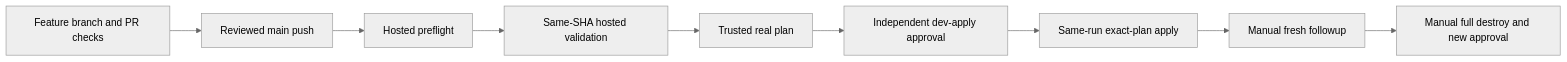
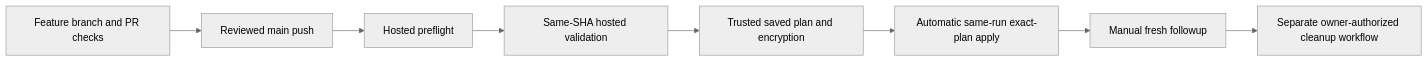
One commit to alvinea28/ws2-azure-delivery-laboratory-07 changed the diagram in docs/workflow-authoring.md. Above: the diagram before and after it, drawn with Mermaid (neutral theme). The commit also changed other lines of this file and 51 other files, not shown here.

````diff
--- a/docs/workflow-authoring.md
+++ b/docs/workflow-authoring.md
@@ -110,11 +127,10 @@
 ```mermaid
 flowchart LR
     B[Feature branch and PR checks] --> M[Reviewed main push]
     M --> P[Hosted preflight]
     P --> V[Same-SHA hosted validation]
-    V --> T[Trusted real plan]
-    T --> R[Independent dev-apply approval]
-    R --> A[Same-run exact-plan apply]
+    V --> T[Trusted saved plan and encryption]
+    T --> A[Automatic same-run exact-plan apply]
     A --> F[Manual fresh followup]
-    F --> D[Manual full destroy and new approval]
+    F --> D[Separate owner-authorized cleanup workflow]
 ```
````
